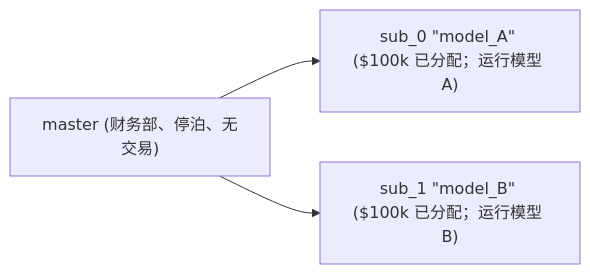
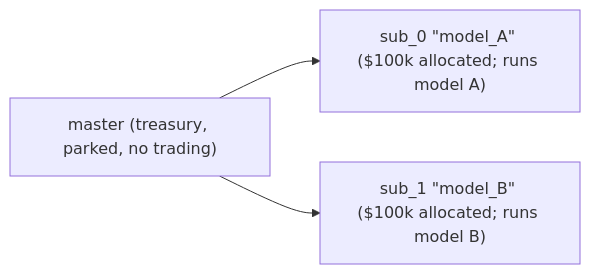
The seventh of 8 diagrams in i18n/zh-Hans/docusaurus-plugin-content-docs/current/concepts/sub-accounts.md (mtf-exchange/metaflux-knowledges), drawn with Mermaid before and after one commit. The commit also changed other lines of this file and 355 other files, not shown here.

````diff
--- a/i18n/zh-Hans/docusaurus-plugin-content-docs/current/concepts/sub-accounts.md
+++ b/i18n/zh-Hans/docusaurus-plugin-content-docs/current/concepts/sub-accounts.md
@@ -219,8 +219,8 @@
 ```mermaid
 flowchart LR
-    master["master (财务部、停泊、无交易)"]
-    sub0["sub_0 &quot;model_A&quot; ($100k 已分配；运行模型 A)"]
-    sub1["sub_1 &quot;model_B&quot; ($100k 已分配；运行模型 B)"]
+    master["master (treasury, parked, no trading)"]
+    sub0["sub_0 &quot;model_A&quot; ($100k allocated; runs model A)"]
+    sub1["sub_1 &quot;model_B&quot; ($100k allocated; runs model B)"]
     master --> sub0
     master --> sub1
 ```
````
